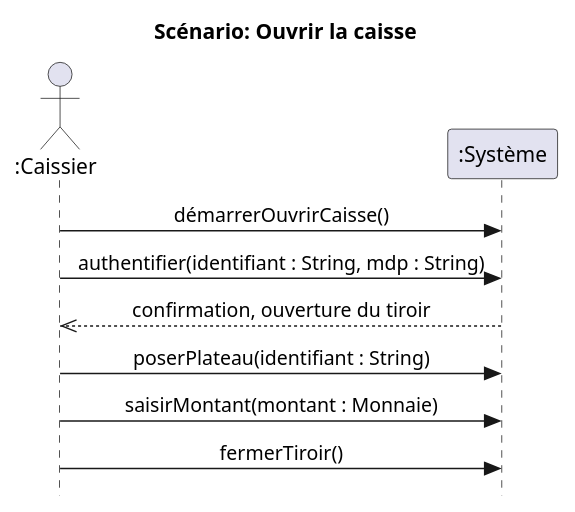
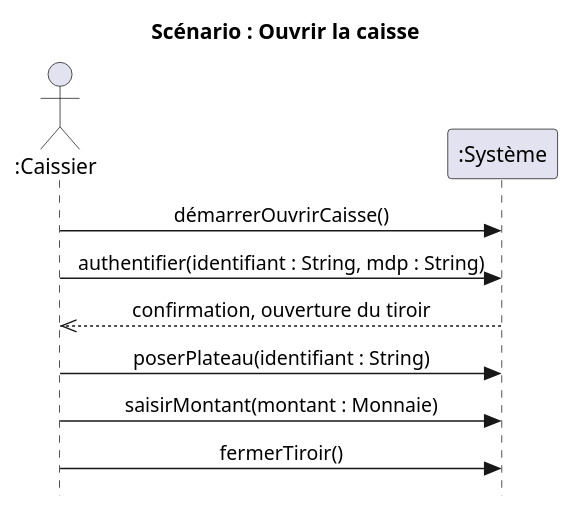
One commit to fuhrmanator/log210-ndc-quarto changed the second of 2 diagrams in Annexe_Cas_utilisation_Ouvrir_caisse.qmd. Above: the diagram before and after it, drawn with PlantUML. The commit also changed other lines of this file and 1 other file, not shown here.

````diff
--- a/Annexe_Cas_utilisation_Ouvrir_caisse.qmd
+++ b/Annexe_Cas_utilisation_Ouvrir_caisse.qmd
@@ -129,16 +129,16 @@
-```{.plantuml #fig-DSS_ouvrir_la_caisse caption='Diagramme de séquence système (DSS) pour le scénario "Ouvrir la caisse"'}
+```{.plantuml #fig-DSS_ouvrir_la_caisse caption='Diagramme de séquence système (DSS) pour le scénario "Ouvrir la caisse".'}
 @startuml
 skinparam style strictuml
 skinparam defaultFontName Arial
 skinparam SequenceMessageAlign center
-title Scénario: Ouvrir la caisse
+title Scénario : Ouvrir la caisse
 actor ":Caissier" as C
 participant ":Système" as S
 C->S: démarrerOuvrirCaisse()
 C->S: authentifier(identifiant : String, mdp : String)
 C<<--S: confirmation, ouverture du tiroir
 C->S: poserPlateau(identifiant : String)
 C->S: saisirMontant(montant : Monnaie)
 C->S: fermerTiroir()
 @enduml
 ```
````
